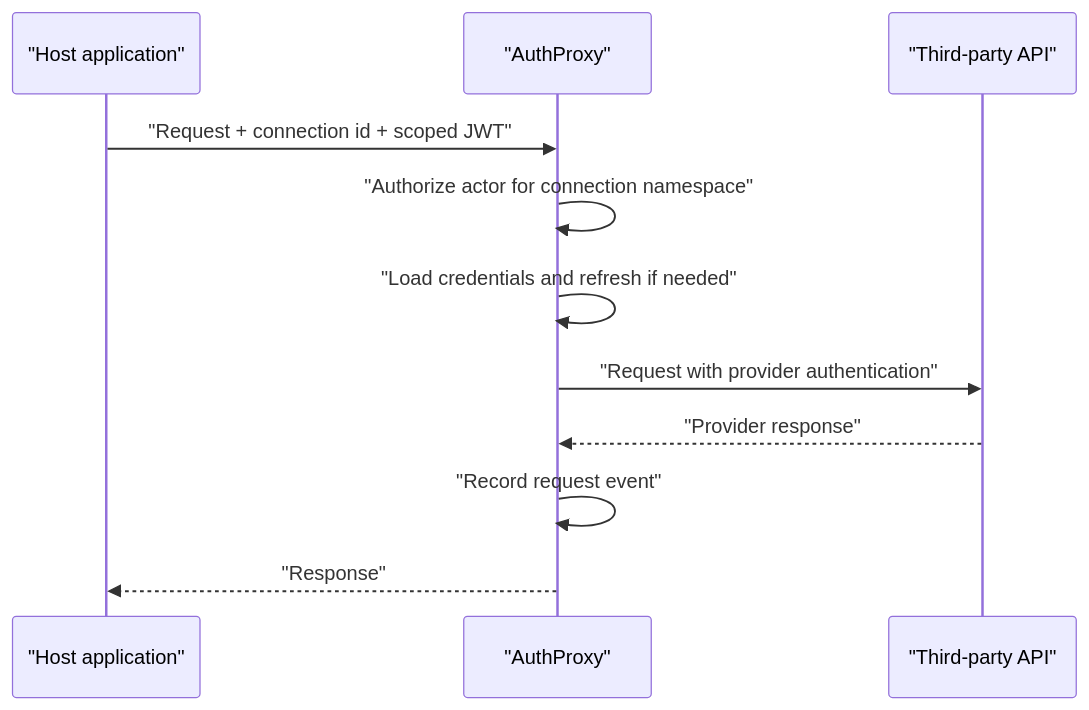
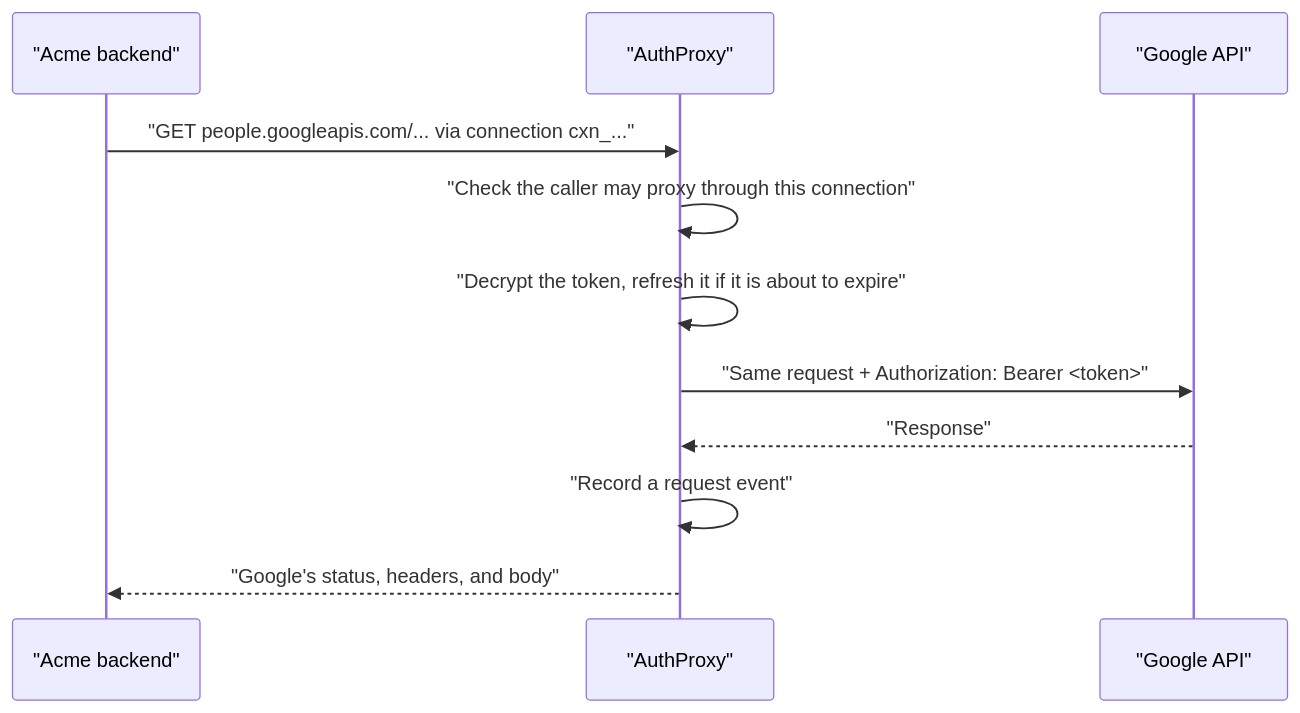
The diagram in docs/src/content/docs/concepts/index.md (rmorlok/authproxy), drawn with Mermaid before and after one commit. The commit also changed other lines of this file and 29 other files, not shown here.

````diff
--- a/docs/src/content/docs/concepts/index.md
+++ b/docs/src/content/docs/concepts/index.md
@@ -16,14 +146,14 @@
 ```mermaid
 sequenceDiagram
-    participant App as "Host application"
+    participant App as "Acme backend"
     participant AP as "AuthProxy"
-    participant Provider as "Third-party API"
+    participant Google as "Google API"
 
-    App->>AP: "Request + connection id + scoped JWT"
-    AP->>AP: "Authorize actor for connection namespace"
-    AP->>AP: "Load credentials and refresh if needed"
-    AP->>Provider: "Request with provider authentication"
-    Provider-->>AP: "Provider response"
-    AP->>AP: "Record request event"
-    AP-->>App: "Response"
+    App->>AP: "GET people.googleapis.com/... via connection cxn_..."
+    AP->>AP: "Check the caller may proxy through this connection"
+    AP->>AP: "Decrypt the token, refresh it if it is about to expire"
+    AP->>Google: "Same request + Authorization: Bearer <token>"
+    Google-->>AP: "Response"
+    AP->>AP: "Record a request event"
+    AP-->>App: "Google's status, headers, and body"
 ```
````
